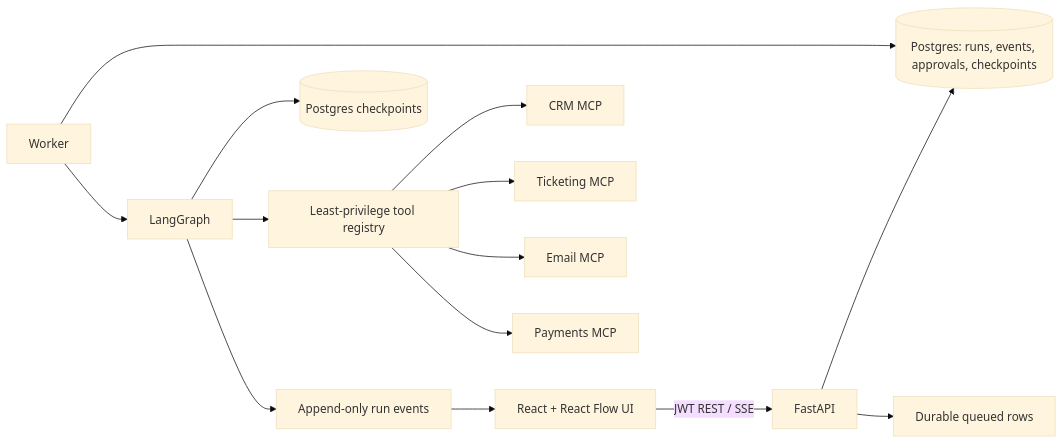
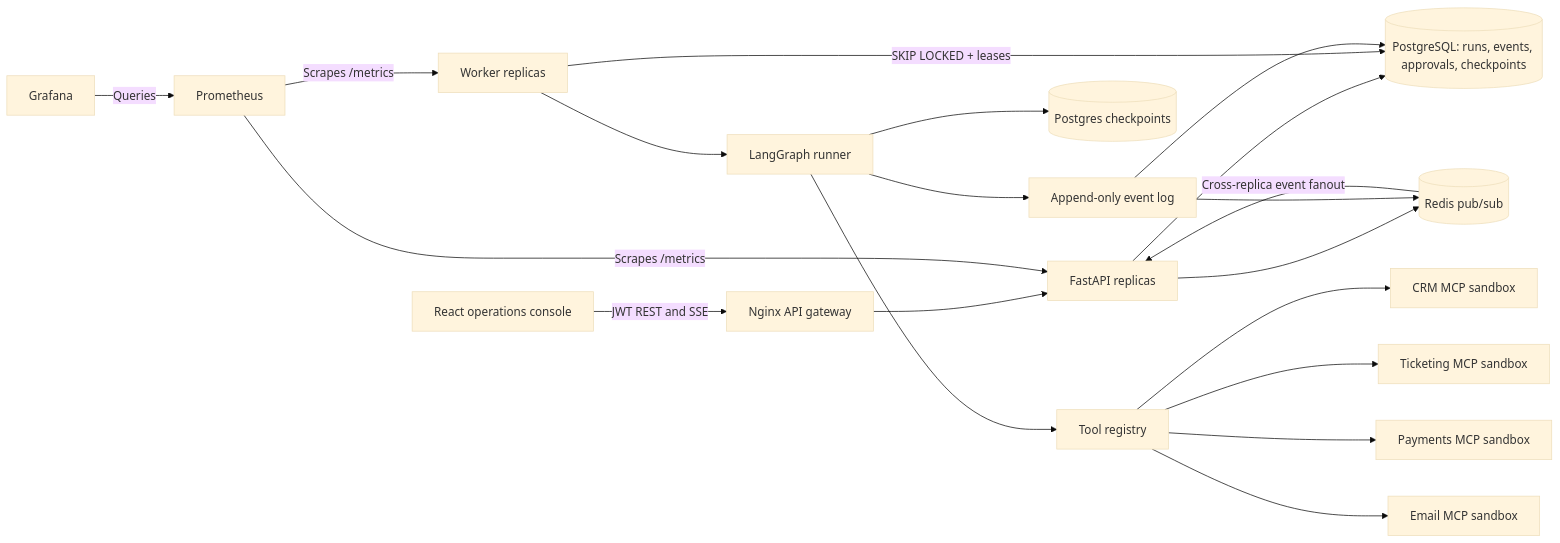
Before and after one commit to MazenElharmeel-spec/flowstate-multi-agent-workflow-platform: the diagram in README.md, drawn with Mermaid (base theme). The commit also changed other lines of this file and 8 other files, not shown here.

````diff
--- a/README.md
+++ b/README.md
@@ -26,16 +61,22 @@
 ```mermaid
 flowchart LR
-  UI[React + React Flow UI] -->|JWT REST / SSE| API[FastAPI]
-  API --> PG[(Postgres: runs, events, approvals, checkpoints)]
-  API --> WQ[Durable queued rows]
-  W[Worker] --> PG
-  W --> G[LangGraph]
-  G --> CP[(Postgres checkpoints)]
-  G --> REG[Least-privilege tool registry]
-  REG --> CRM[CRM MCP]
-  REG --> TIX[Ticketing MCP]
-  REG --> MAIL[Email MCP]
-  REG --> PAY[Payments MCP]
-  G --> EV[Append-only run events]
-  EV --> UI
+  UI[React operations console] -->|JWT REST and SSE| GW[Nginx API gateway]
+  GW --> API[FastAPI replicas]
+  API --> PG[(PostgreSQL: runs, events, approvals, checkpoints)]
+  API --> REDIS[(Redis pub/sub)]
+  WORKERS[Worker replicas] -->|SKIP LOCKED + leases| PG
+  WORKERS --> LG[LangGraph runner]
+  LG --> CP[(Postgres checkpoints)]
+  LG --> TOOLS[Tool registry]
+  TOOLS --> CRM[CRM MCP sandbox]
+  TOOLS --> TIX[Ticketing MCP sandbox]
+  TOOLS --> PAY[Payments MCP sandbox]
+  TOOLS --> EMAIL[Email MCP sandbox]
+  LG --> EVENTS[Append-only event log]
+  EVENTS --> PG
+  EVENTS --> REDIS
+  REDIS -->|Cross-replica event fanout| API
+  PROM[Prometheus] -->|Scrapes /metrics| API
+  PROM -->|Scrapes /metrics| WORKERS
+  GRAFANA[Grafana] -->|Queries| PROM
 ```
````
